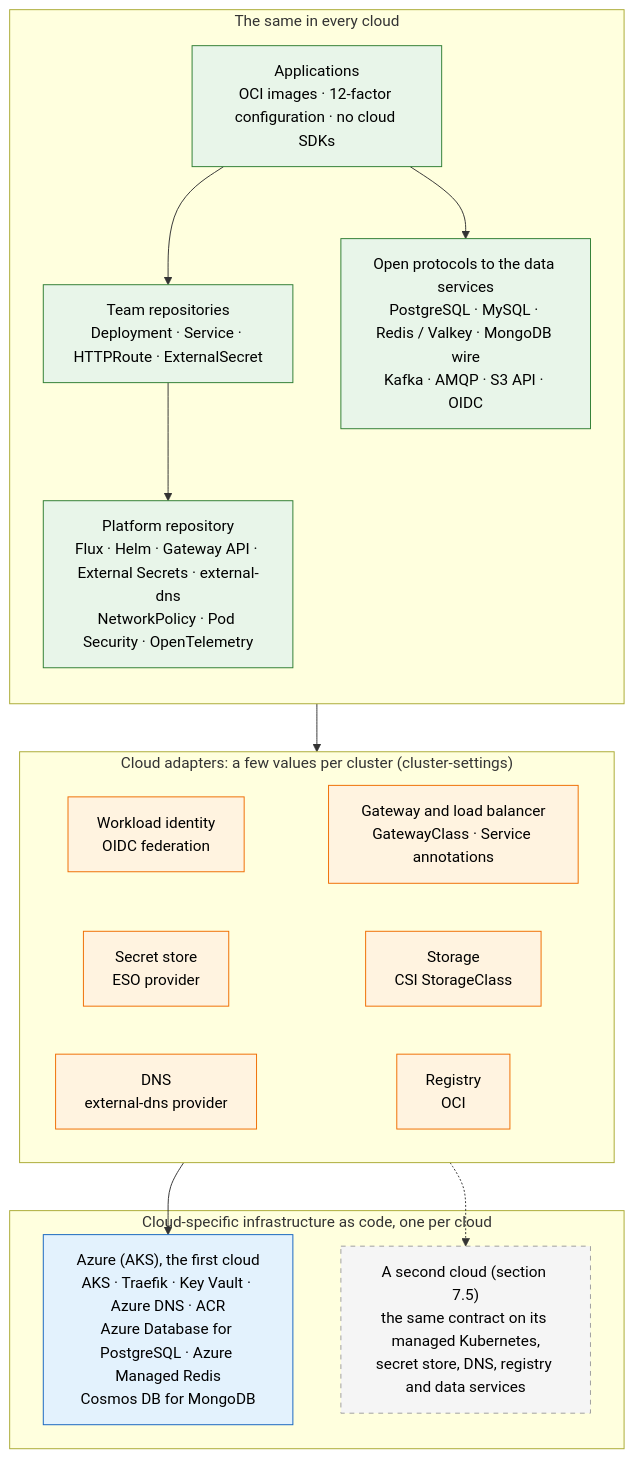
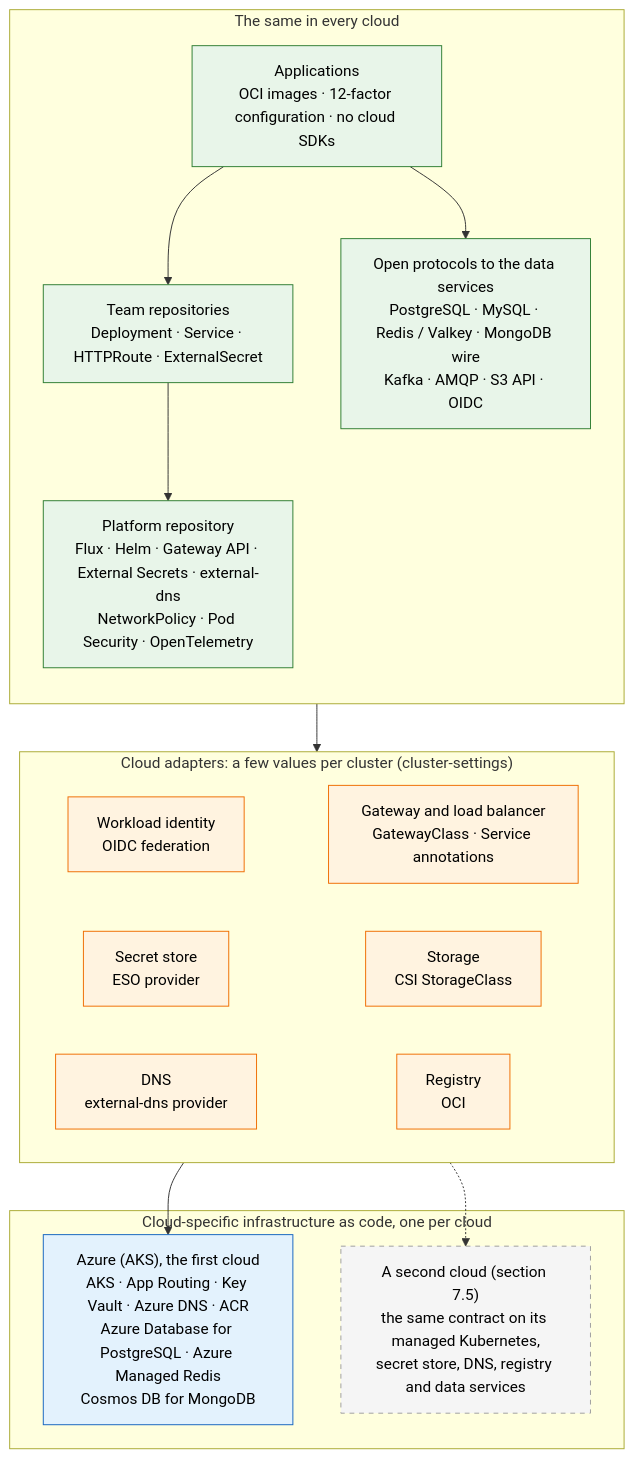
Before and after one commit to onek8s/onek8s.github.io: the diagram in diagrams/1.3-portability.mmd, drawn with Mermaid. The commit also changed 54 other files, not shown here.

First line of the commit message:
v5.0: App Routing only, managed DNS, no Traffic Manager (requirements 0.3 adjusted) (#130)

```diff
--- a/diagrams/1.3-portability.mmd
+++ b/diagrams/1.3-portability.mmd
@@ -1,43 +1,43 @@
 %% OneK8s: one platform, one application contract for every cloud, built on Azure (AKS) first. Everything above the
 %% line is the same in every cloud - the applications, their manifests, the platform's Flux configuration and the open
 %% protocols they speak. Only the thin adapter layer and the cloud's infrastructure as code change when a cloud is added.
 flowchart TB
     subgraph PORT["The same in every cloud"]
         direction TB
         app["Applications<br/>OCI images · 12-factor configuration · no cloud SDKs"]
         team["Team repositories<br/>Deployment · Service · HTTPRoute · ExternalSecret"]
         plat["Platform repository<br/>Flux · Helm · Gateway API · External Secrets · external-dns<br/>NetworkPolicy · Pod Security · OpenTelemetry"]
         proto["Open protocols to the data services<br/>PostgreSQL · MySQL · Redis / Valkey · MongoDB wire<br/>Kafka · AMQP · S3 API · OIDC"]
         app --> team --> plat
         app --> proto
     end
 
     subgraph ADAPT["Cloud adapters: a few values per cluster (cluster-settings)"]
         a_id["Workload identity<br/>OIDC federation"]
         a_sec["Secret store<br/>ESO provider"]
         a_dns["DNS<br/>external-dns provider"]
         a_lb["Gateway and load balancer<br/>GatewayClass · Service annotations"]
         a_disk["Storage<br/>CSI StorageClass"]
         a_reg["Registry<br/>OCI"]
         a_id ~~~ a_lb
         a_sec ~~~ a_disk
         a_dns ~~~ a_reg
     end
 
     subgraph CLOUDS["Cloud-specific infrastructure as code, one per cloud"]
-        az["Azure (AKS), the first cloud<br/>AKS · Traefik · Key Vault · Azure DNS · ACR<br/>Azure Database for PostgreSQL · Azure Managed Redis<br/>Cosmos DB for MongoDB"]
+        az["Azure (AKS), the first cloud<br/>AKS · App Routing · Key Vault · Azure DNS · ACR<br/>Azure Database for PostgreSQL · Azure Managed Redis<br/>Cosmos DB for MongoDB"]
         other["A second cloud (section 7.5)<br/>the same contract on its managed Kubernetes,<br/>secret store, DNS, registry and data services"]
     end
 
     PORT --> ADAPT
     ADAPT --> az
     ADAPT -.-> other
 
     classDef port fill:#e8f5e9,stroke:#2e7d32,color:#000
     classDef adapt fill:#fff3e0,stroke:#ef6c00,color:#000
     classDef cloud fill:#e3f2fd,stroke:#1565c0,color:#000
     classDef opt fill:#f5f5f5,stroke:#9e9e9e,color:#000,stroke-dasharray: 5 5
     class app,team,plat,proto port
     class a_id,a_sec,a_dns,a_lb,a_disk,a_reg adapt
     class az cloud
     class other opt
```
